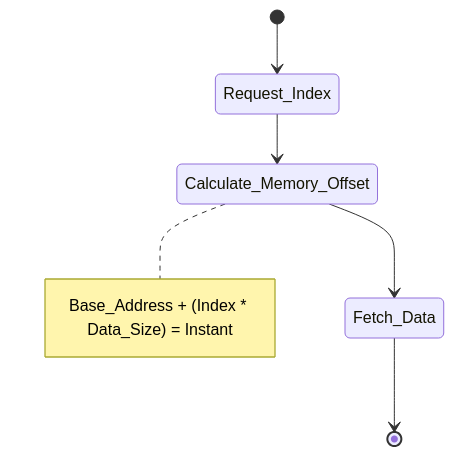
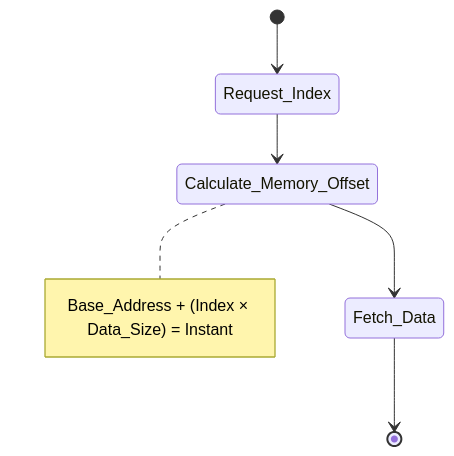
One commit to hagaramr2005/DSA-From-Scratch changed the third of 9 diagrams in 01-Algorithm-Analysis/01- Big O notation.md. Above: the diagram before and after it, drawn with Mermaid. The commit also changed other lines of this file, not shown here.

````diff
--- a/01-Algorithm-Analysis/01- Big O notation.md
+++ b/01-Algorithm-Analysis/01- Big O notation.md
@@ -166,9 +226,8 @@
 ```mermaid
 stateDiagram-v2
     [*] --> Request_Index
     Request_Index --> Calculate_Memory_Offset
     Calculate_Memory_Offset --> Fetch_Data
     Fetch_Data --> [*]
-    note right of Calculate_Memory_Offset: Base_Address + (Index * Data_Size) = Instant
-
+    note right of Calculate_Memory_Offset: Base_Address + (Index × Data_Size) = Instant
 ```
````
